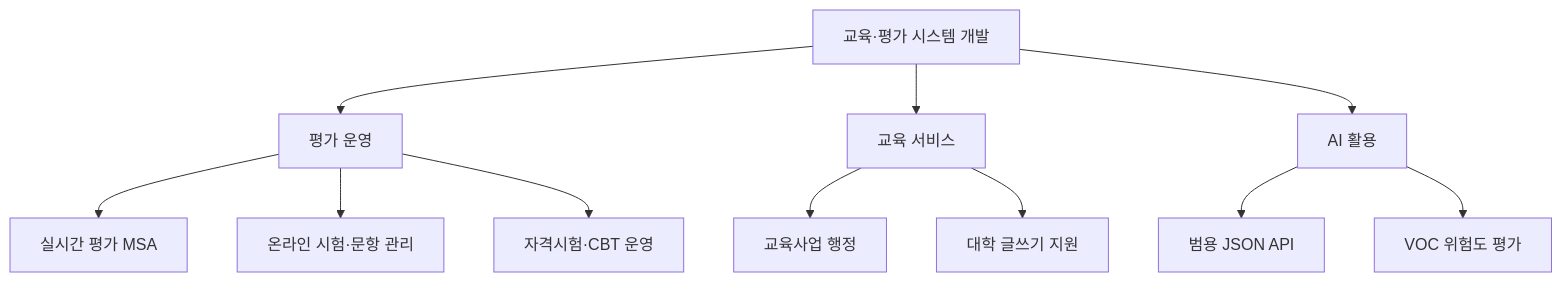
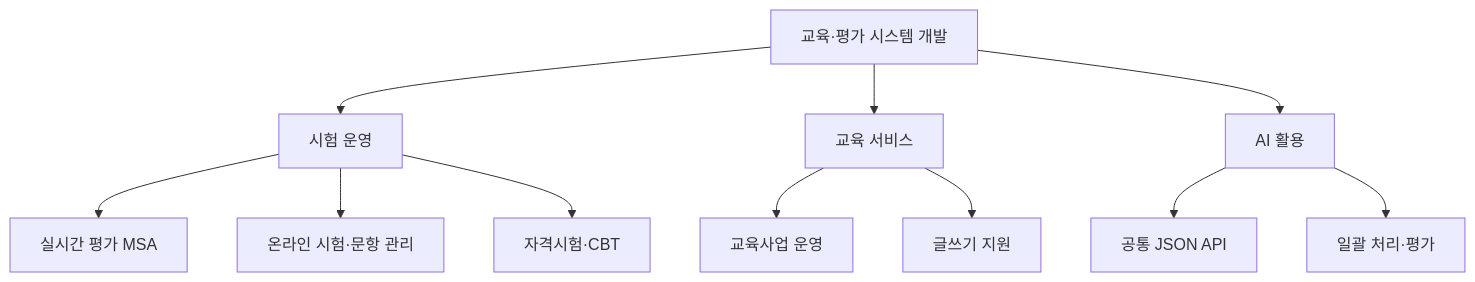
Before and after one commit to jeon97/iosys_portfolio: the diagram in README.md, drawn with Mermaid. The commit also changed other lines of this file and 4 other files, not shown here.

````diff
--- a/README.md
+++ b/README.md
@@ -20,18 +53,14 @@
 ```mermaid
 flowchart TB
     Portfolio[교육·평가 시스템 개발]
-
-    Portfolio --> Assessment[평가 운영]
+    Portfolio --> Assessment[시험 운영]
     Portfolio --> Education[교육 서비스]
     Portfolio --> AI[AI 활용]
-
     Assessment --> Realtime[실시간 평가 MSA]
     Assessment --> Online[온라인 시험·문항 관리]
-    Assessment --> Certification[자격시험·CBT 운영]
-
-    Education --> Business[교육사업 행정]
-    Education --> Writing[대학 글쓰기 지원]
-
-    AI --> CommonAPI[범용 JSON API]
-    AI --> Evaluation[VOC 위험도 평가]
+    Assessment --> Certification[자격시험·CBT]
+    Education --> Business[교육사업 운영]
+    Education --> Writing[글쓰기 지원]
+    AI --> API[공통 JSON API]
+    AI --> Batch[일괄 처리·평가]
 ```
````
